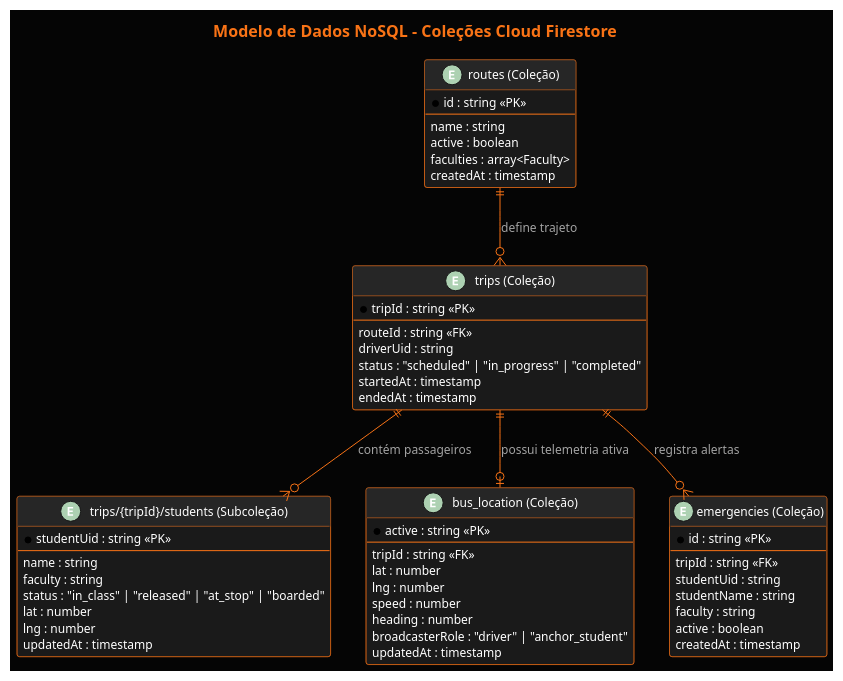
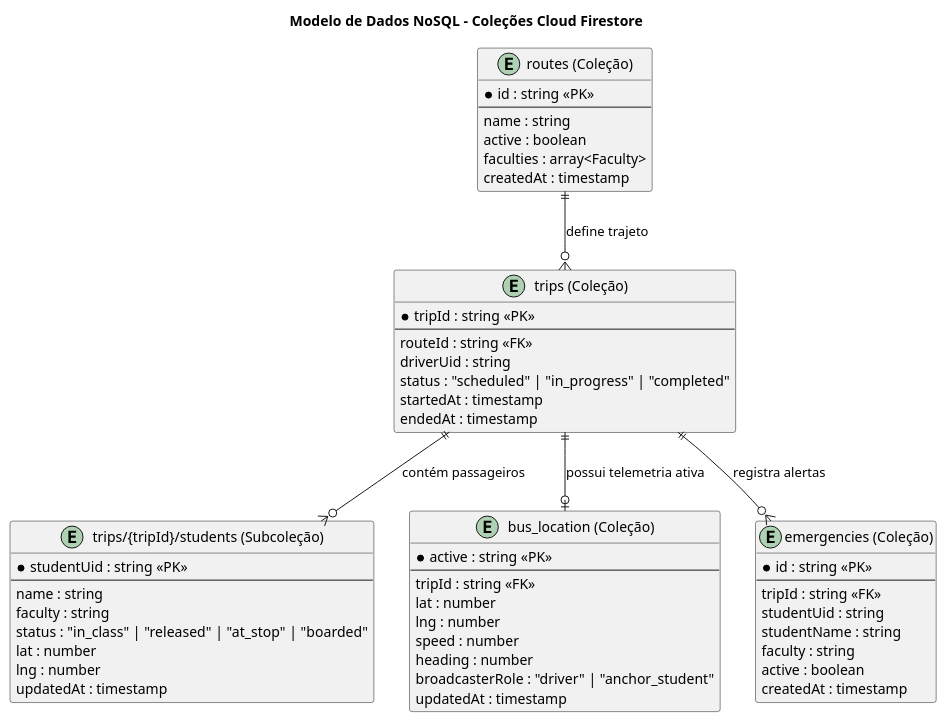
The diagram in diagramas/modelo-dados-firestore.puml (Luis-Henrique-ufg/Manual-de-Processos), drawn with PlantUML before and after one commit. The commit also changed 14 other files, not shown here.

```diff
--- a/diagramas/modelo-dados-firestore.puml
+++ b/diagramas/modelo-dados-firestore.puml
@@ -1,77 +1,63 @@
 @startuml Diagrama_Modelo_Dados_Firestore
-skinparam backgroundColor #050505
-skinparam defaultFontName "Segoe UI", Arial, sans-serif
-skinparam defaultFontSize 12
-skinparam defaultFontColor #FFFFFF
-skinparam TitleFontColor #F97316
-skinparam TitleFontSize 16
-
-skinparam classBackgroundColor #1A1A1A
-skinparam classBorderColor #F97316
-skinparam classFontColor #FFFFFF
-skinparam classHeaderBackgroundColor #262626
-
-skinparam ArrowColor #F97316
-skinparam ArrowFontColor #A3A3A3
 
 title Modelo de Dados NoSQL - Coleções Cloud Firestore
 
 entity "routes (Coleção)" as routes {
     * id : string <<PK>>
     --
     name : string
     active : boolean
     faculties : array<Faculty>
     createdAt : timestamp
 }
 
 entity "trips (Coleção)" as trips {
     * tripId : string <<PK>>
     --
     routeId : string <<FK>>
     driverUid : string
     status : "scheduled" | "in_progress" | "completed"
     startedAt : timestamp
     endedAt : timestamp
 }
 
 entity "trips/{tripId}/students (Subcoleção)" as trip_students {
     * studentUid : string <<PK>>
     --
     name : string
     faculty : string
     status : "in_class" | "released" | "at_stop" | "boarded"
     lat : number
     lng : number
     updatedAt : timestamp
 }
 
 entity "bus_location (Coleção)" as bus_location {
     * active : string <<PK>>
     --
     tripId : string <<FK>>
     lat : number
     lng : number
     speed : number
     heading : number
     broadcasterRole : "driver" | "anchor_student"
     updatedAt : timestamp
 }
 
 entity "emergencies (Coleção)" as emergencies {
     * id : string <<PK>>
     --
     tripId : string <<FK>>
     studentUid : string
     studentName : string
     faculty : string
     active : boolean
     createdAt : timestamp
 }
 
 routes ||--o{ trips : "define trajeto"
 trips ||--o{ trip_students : "contém passageiros"
 trips ||--o| bus_location : "possui telemetria ativa"
 trips ||--o{ emergencies : "registra alertas"
 
 @enduml
```
